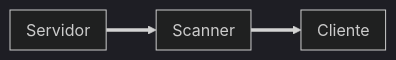
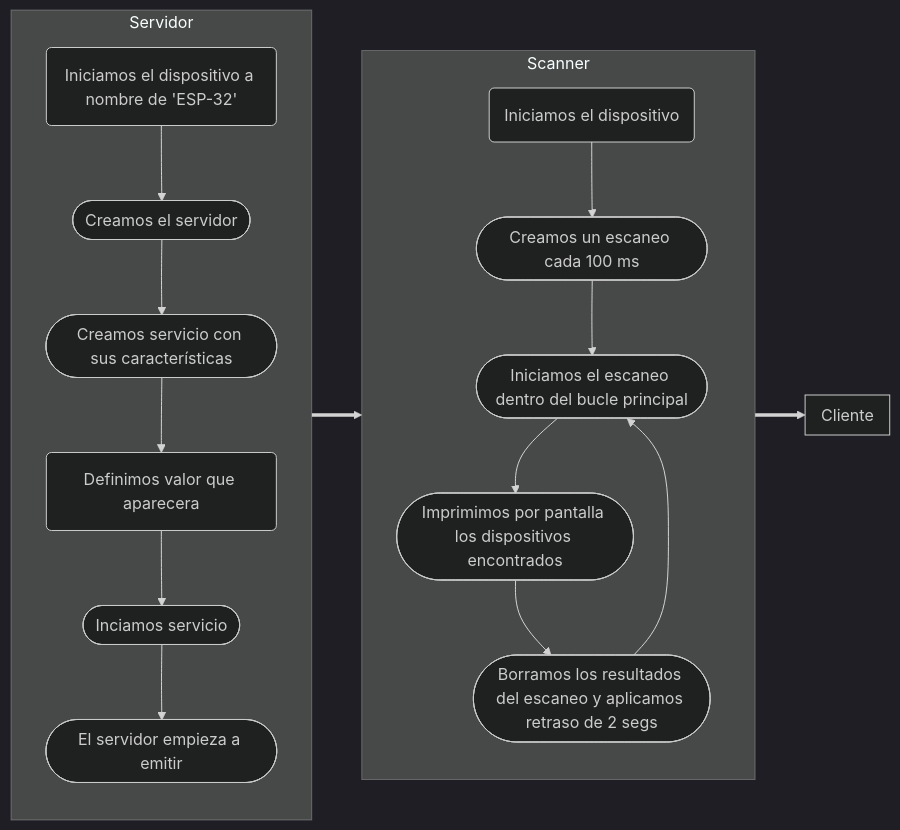
The fifth of 5 diagrams in README.md (joeljoanmorera/P4-morera-cots), drawn with Mermaid (dark theme) before and after one commit. The commit also changed other lines of this file and 1 other file, not shown here.

````diff
--- a/README.md
+++ b/README.md
@@ -815,15 +954,26 @@
 ```mermaid
     flowchart LR
 
     subgraph S [Servidor]
-
+      SID(Iniciamos el dispositivo a nombre de 'ESP-32') --> SCR
+      SCR([Creamos el servidor]) --> SCS
+      SCS([Creamos servicio con sus características]) --> SV
+      SV(Definimos valor que aparecera) --> SI
+      SI([Inciamos servicio]) --> SA
+      SA([El servidor empieza a emitir])
     end
 
     S ==> SC ==> C;
 
     subgraph C [Cliente]
+      
     end
 
     subgraph SC [Scanner]
+      ISC(Iniciamos el dispositivo) --> PSC
+      PSC([Creamos un escaneo cada 100 ms]) --> LSC
+      LSC([Iniciamos el escaneo dentro del bucle principal]) -->SCIP
+      SCIP([Imprimimos por pantalla los dispositivos encontrados]) --> SCD
+      SCD([Borramos los resultados del escaneo y aplicamos retraso de 2 segs]) --> LSC
     end
 ```
````
